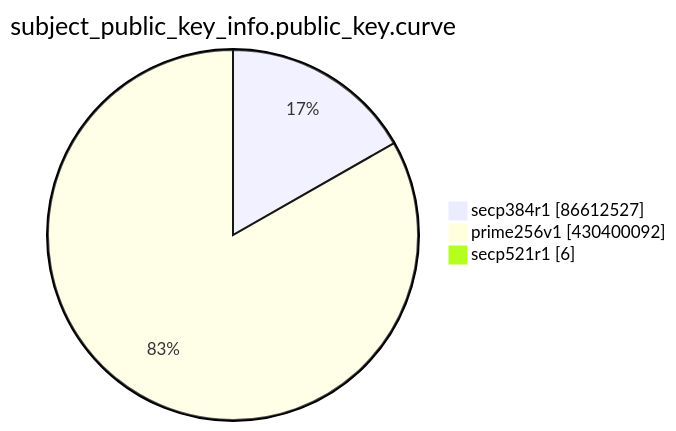
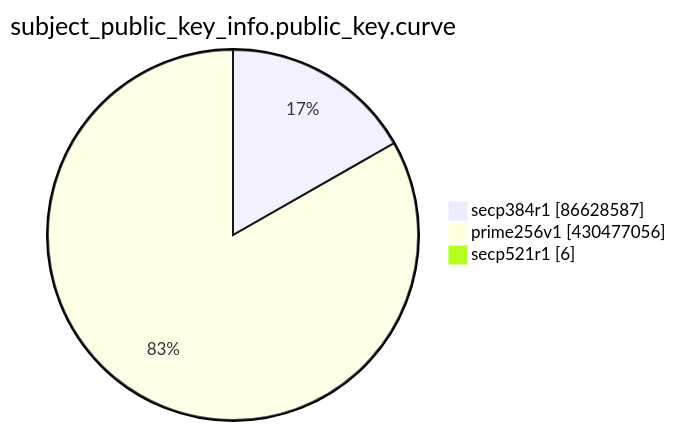
Before and after one commit to christiankrug/ctmonitor_visualization: the eighth of 15 diagrams in TOTAL/README.md, drawn with Mermaid. The commit also changed other lines of this file, not shown here.

````diff
--- a/TOTAL/README.md
+++ b/TOTAL/README.md
@@ -3100,7 +3100,7 @@
 ```mermaid
 pie showData
 title subject_public_key_info.public_key.curve
-"secp384r1" :86612527
-"prime256v1" :430400092
+"secp384r1" :86628587
+"prime256v1" :430477056
 "secp521r1" :6
 ```
````
